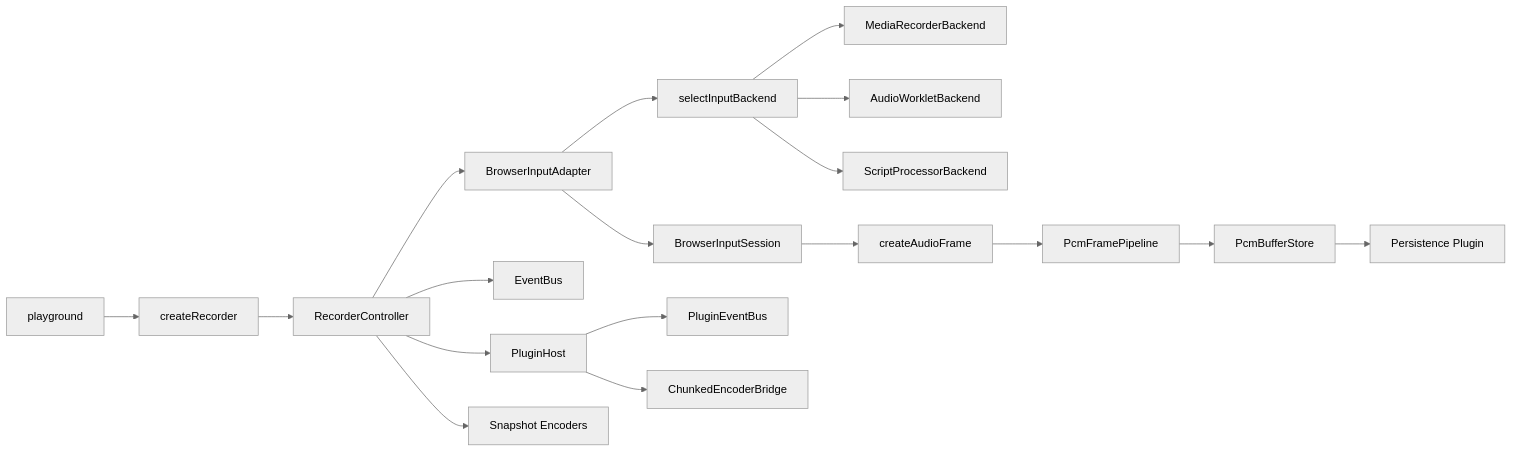
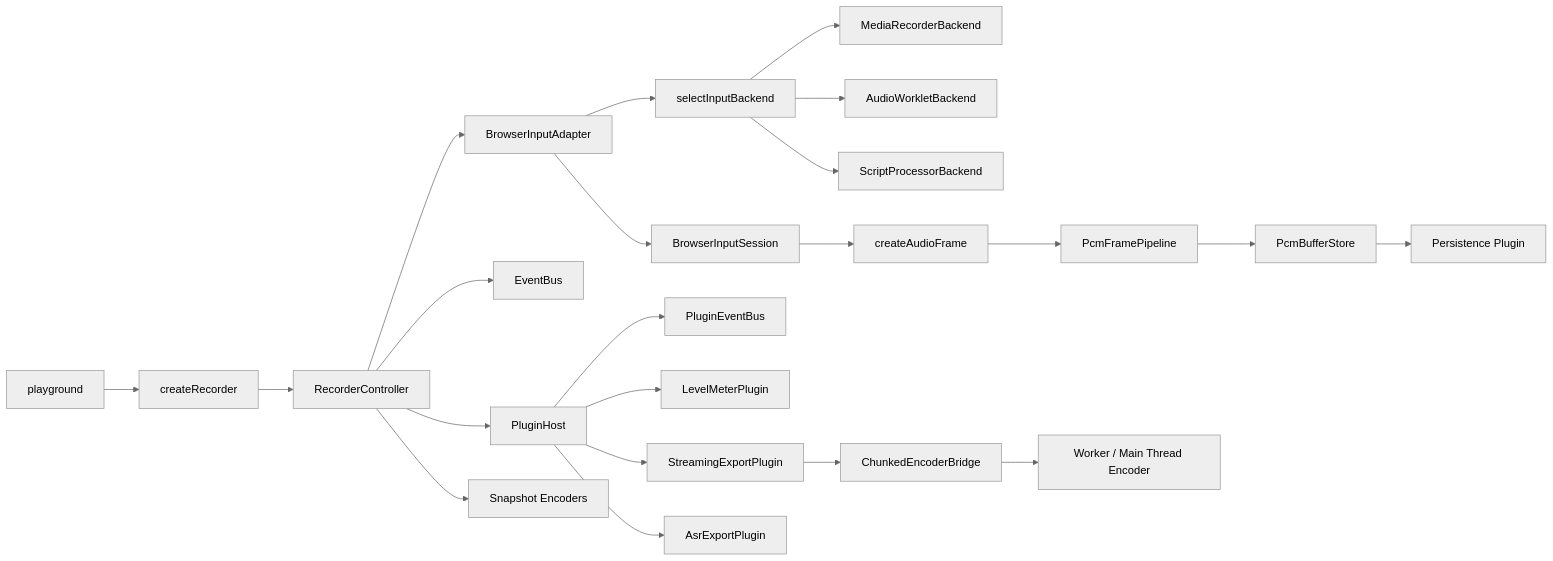
Before and after one commit to CSNight/audio-recorder: the first of 5 diagrams in docs/architecture/execution-chain.md, drawn with Mermaid (neutral theme). The commit also changed other lines of this file and 2 other files, not shown here.

````diff
--- a/docs/architecture/execution-chain.md
+++ b/docs/architecture/execution-chain.md
@@ -23,20 +24,24 @@
 ```mermaid
 flowchart LR
   A[createRecorder] --> B[RecorderController]
   B --> C[BrowserInputAdapter]
   C --> D[BrowserInputSession]
   C --> E[selectInputBackend]
   E --> E1[MediaRecorderBackend]
   E --> E2[AudioWorkletBackend]
   E --> E3[ScriptProcessorBackend]
   D --> F[createAudioFrame]
   F --> G[PcmFramePipeline]
   G --> H[PcmBufferStore]
   B --> I[EventBus]
   B --> J[PluginHost]
   J --> K[PluginEventBus]
-  B --> L[Snapshot Encoders]
-  J --> M[ChunkedEncoderBridge]
-  H --> N[Persistence Plugin]
-  O[playground] --> A
+    J --> L1[LevelMeterPlugin]
+    J --> L2[StreamingExportPlugin]
+    J --> L3[AsrExportPlugin]
+    L2 --> M[ChunkedEncoderBridge]
+    M --> N[Worker / Main Thread Encoder]
+    B --> O[Snapshot Encoders]
+    H --> P[Persistence Plugin]
+    Q[playground] --> A
 ```
````
